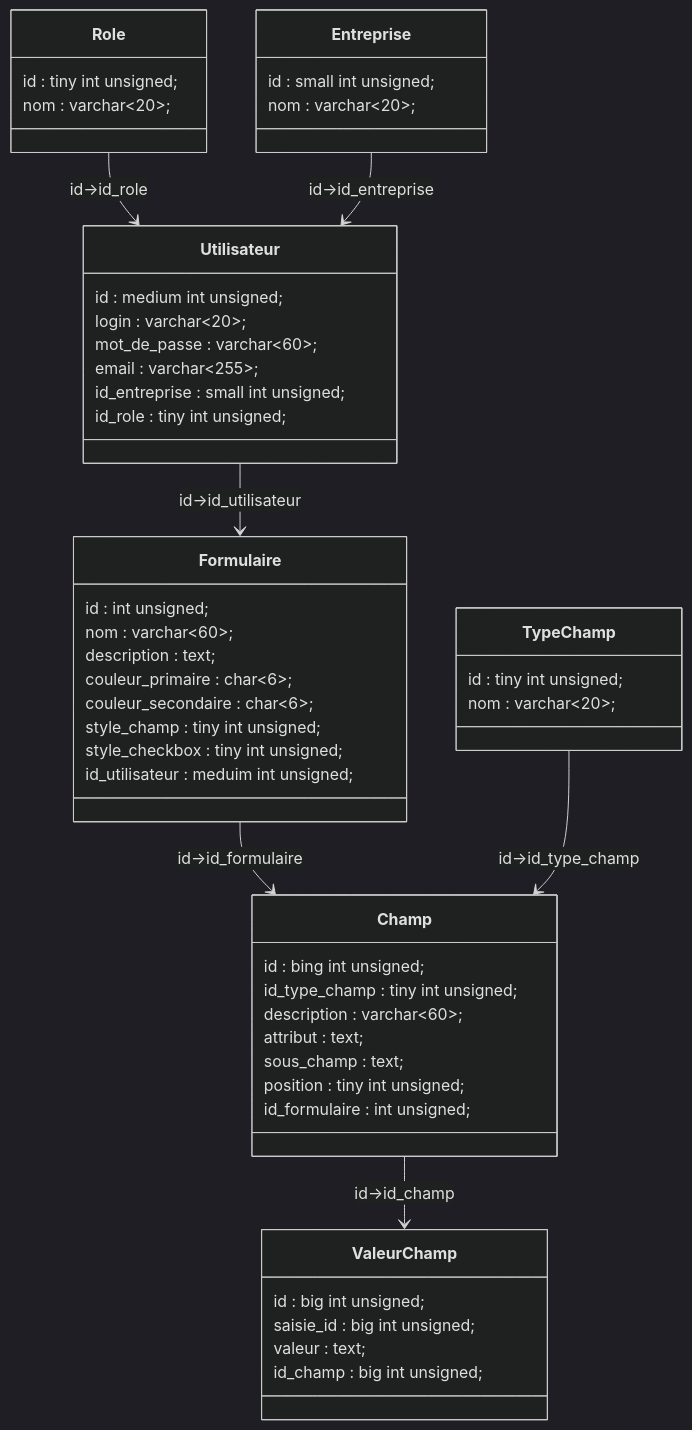
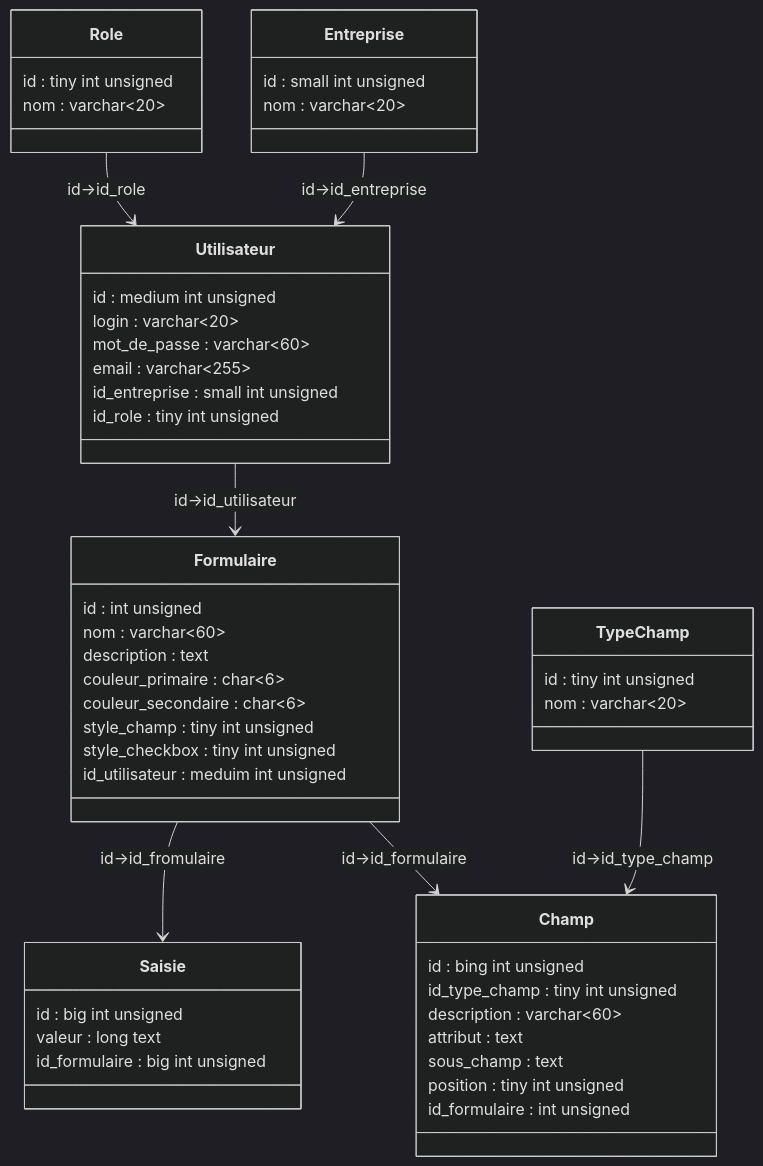
The diagram in README.md (Epsius-44/Ramina-Forma), drawn with Mermaid (dark theme) before and after one commit.

````diff
--- a/README.md
+++ b/README.md
@@ -5,55 +5,54 @@
 ```mermaid
     classDiagram
-    direction TB;
+    direction TB
     Role --> Utilisateur : id->id_role
     Entreprise --> Utilisateur : id->id_entreprise
     Utilisateur --> Formulaire : id->id_utilisateur
+    Formulaire --> Saisie : id->id_fromulaire
     Formulaire --> Champ : id->id_formulaire
     TypeChamp --> Champ : id->id_type_champ
-    Champ --> ValeurChamp : id->id_champ
     class Utilisateur{
-        id : medium int unsigned;
-        login : varchar~20~;
-        mot_de_passe : varchar~60~;
-        email : varchar~255~;
-        id_entreprise : small int unsigned;
-        id_role : tiny int unsigned;
+        id : medium int unsigned
+        login : varchar~20~
+        mot_de_passe : varchar~60~
+        email : varchar~255~
+        id_entreprise : small int unsigned
+        id_role : tiny int unsigned
     }
     class Role{
-        id : tiny int unsigned;
-        nom : varchar~20~;
+        id : tiny int unsigned
+        nom : varchar~20~
     }
     class Entreprise{
-        id : small int unsigned;
-        nom : varchar~20~;
+        id : small int unsigned
+        nom : varchar~20~
     }
     class TypeChamp{
-        id : tiny int unsigned;
-        nom : varchar~20~;
+        id : tiny int unsigned
+        nom : varchar~20~
     }
     class Formulaire{
-        id : int unsigned;
-        nom : varchar~60~;
-        description : text;
-        couleur_primaire : char~6~;
-        couleur_secondaire : char~6~;
-        style_champ : tiny int unsigned;
-        style_checkbox : tiny int unsigned;
-        id_utilisateur : meduim int unsigned;
+        id : int unsigned
+        nom : varchar~60~
+        description : text
+        couleur_primaire : char~6~
+        couleur_secondaire : char~6~
+        style_champ : tiny int unsigned
+        style_checkbox : tiny int unsigned
+        id_utilisateur : meduim int unsigned
     }
     class Champ{
-        id : bing int unsigned;
-        id_type_champ : tiny int unsigned;
-        description : varchar~60~;
-        attribut : text;
-        sous_champ : text;
-        position : tiny int unsigned;
-        id_formulaire : int unsigned;
+        id : bing int unsigned
+        id_type_champ : tiny int unsigned
+        description : varchar~60~
+        attribut : text
+        sous_champ : text
+        position : tiny int unsigned
+        id_formulaire : int unsigned
     }
-    class ValeurChamp{
-        id : big int unsigned;
-        saisie_id : big int unsigned;
-        valeur : text;
-        id_champ : big int unsigned;
+    class Saisie{
+        id : big int unsigned
+        valeur : long text
+        id_formulaire : big int unsigned
     }
 ```
````
